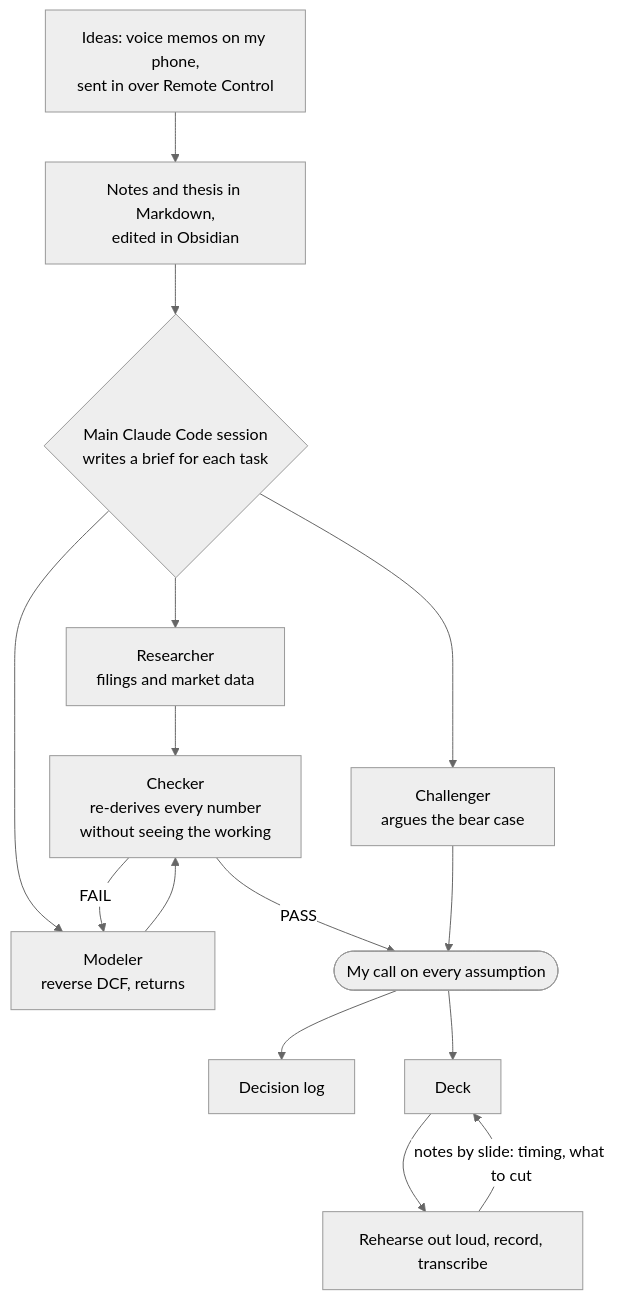
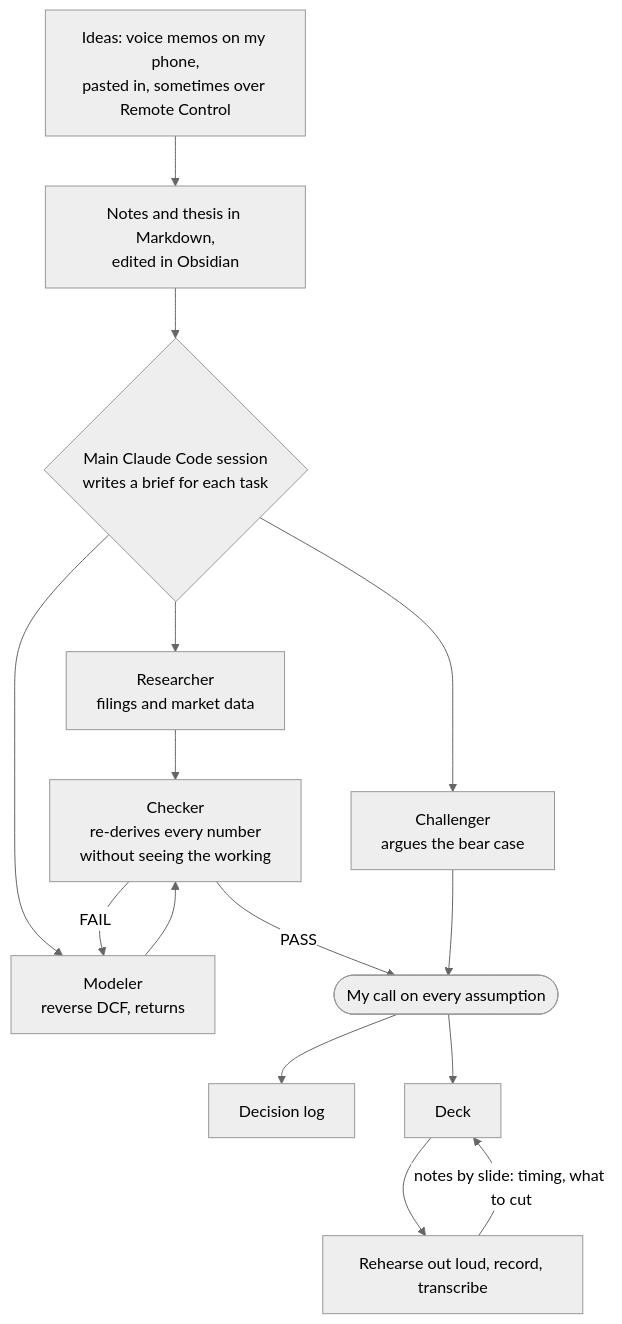
The diagram in README.md (mileskv2/spgi-investment-pitch-cnid), drawn with Mermaid (neutral theme) before and after one commit. The commit also changed other lines of this file and 4 other files, not shown here.

Commit message:
Remove charts from README; tighten AI workflow accuracy

````diff
--- a/README.md
+++ b/README.md
@@ -80,17 +78,17 @@
 ```mermaid
 flowchart TD
-    A["Ideas: voice memos on my phone,<br/>sent in over Remote Control"] --> B["Notes and thesis in Markdown,<br/>edited in Obsidian"]
+    A["Ideas: voice memos on my phone,<br/>pasted in, sometimes over Remote Control"] --> B["Notes and thesis in Markdown,<br/>edited in Obsidian"]
     B --> C{"Main Claude Code session<br/>writes a brief for each task"}
     C --> R["Researcher<br/>filings and market data"]
     C --> M["Modeler<br/>reverse DCF, returns"]
     C --> H["Challenger<br/>argues the bear case"]
     R --> K["Checker<br/>re-derives every number<br/>without seeing the working"]
     M --> K
     K -- "FAIL" --> M
     K -- "PASS" --> G(["My call on every assumption"])
     H --> G
     G --> L["Decision log"]
     G --> P["Deck"]
     P --> S["Rehearse out loud, record, transcribe"]
     S -- "notes by slide: timing, what to cut" --> P
 ```
````
